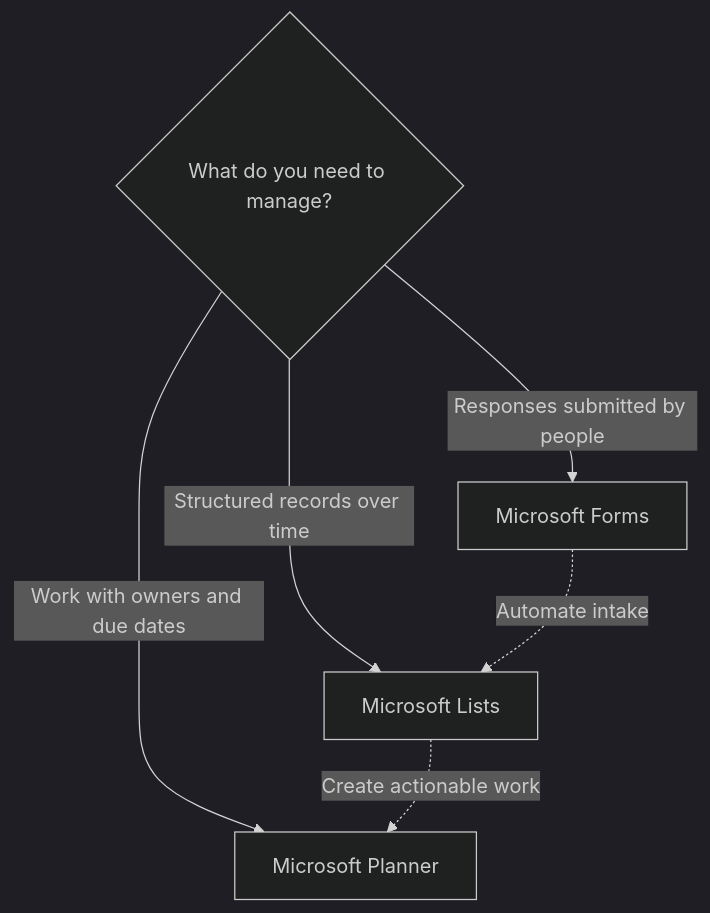
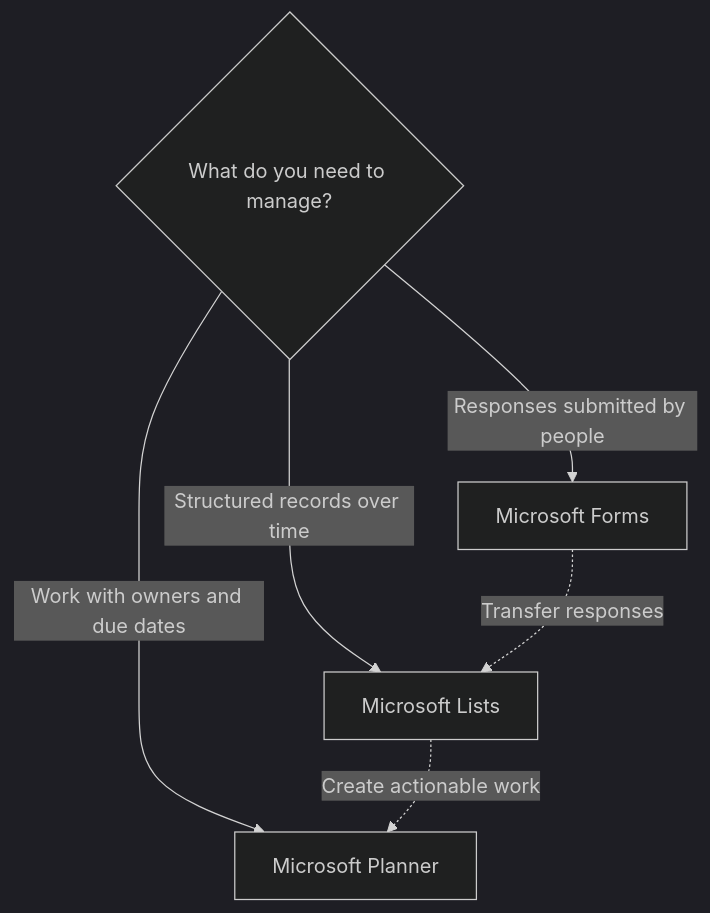
The diagram in docs/decisions/forms-list-or-planner.md (DwayneSelsig/M365wizard), drawn with Mermaid (dark theme) before and after one commit. The commit also changed other lines of this file and 12 other files, not shown here.

Commit message:
docs: enhance documentation for Forms, Lists, and Planner; add new Lists service guide

````diff
--- a/docs/decisions/forms-list-or-planner.md
+++ b/docs/decisions/forms-list-or-planner.md
@@ -22,10 +22,10 @@
 ```mermaid
 flowchart TD
     Start{What do you need to manage?}
     Start -->|Responses submitted by people| Forms[Microsoft Forms]
     Start -->|Structured records over time| Lists[Microsoft Lists]
     Start -->|Work with owners and due dates| Planner[Microsoft Planner]
 
-    Forms -. Automate intake .-> Lists
+    Forms -. Transfer responses .-> Lists
     Lists -. Create actionable work .-> Planner
 ```
````
